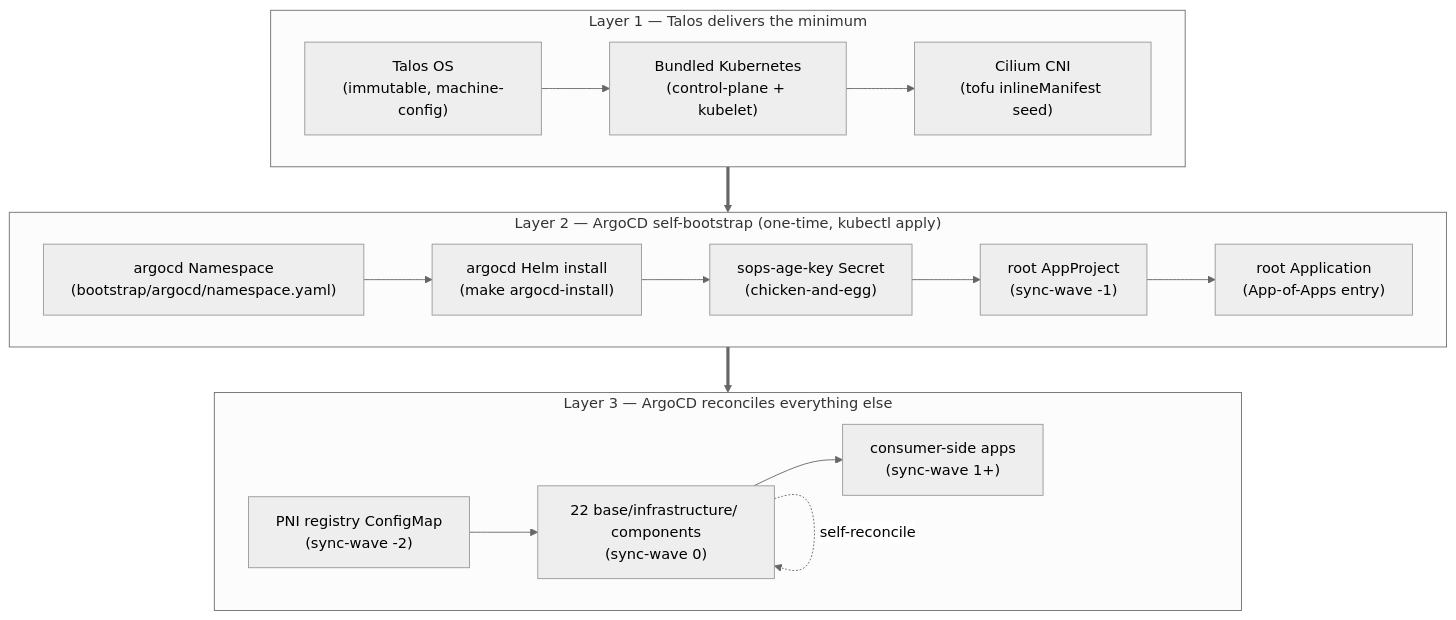
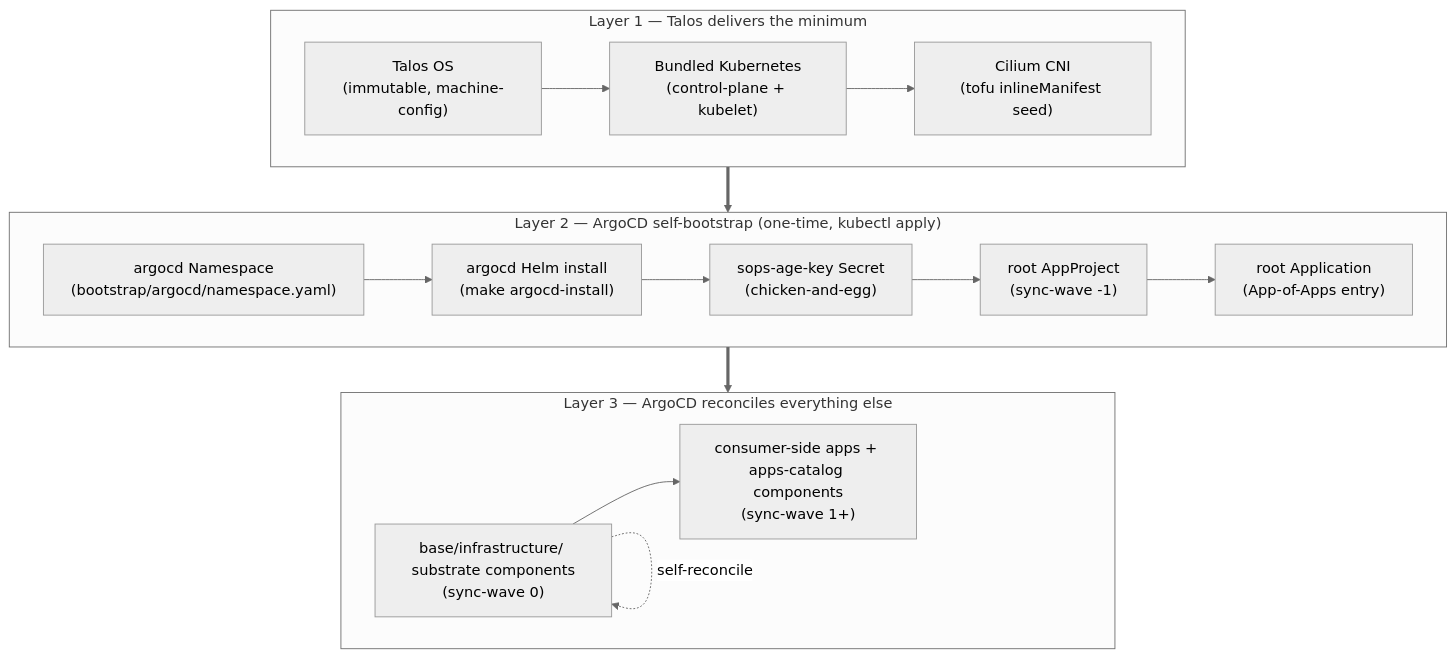
Before and after one commit to Nosmoht/talos-platform-base: the diagram in docs/day-zero-pattern.md, drawn with Mermaid. The commit also changed other lines of this file and 208 other files, not shown here.

````diff
--- a/docs/day-zero-pattern.md
+++ b/docs/day-zero-pattern.md
@@ -29,32 +29,31 @@
 ```mermaid
 %%{init: { "theme": "neutral" } }%%
 flowchart TB
   subgraph L1["Layer 1 — Talos delivers the minimum"]
     direction LR
     talos["Talos OS<br/>(immutable, machine-config)"]
     k8s["Bundled Kubernetes<br/>(control-plane + kubelet)"]
     cilium["Cilium CNI<br/>(tofu inlineManifest seed)"]
     talos --> k8s --> cilium
   end
 
   subgraph L2["Layer 2 — ArgoCD self-bootstrap (one-time, kubectl apply)"]
     direction LR
     ns["argocd Namespace<br/>(bootstrap/argocd/namespace.yaml)"]
     helm["argocd Helm install<br/>(make argocd-install)"]
     sops["sops-age-key Secret<br/>(chicken-and-egg)"]
     appproj["root AppProject<br/>(sync-wave -1)"]
     rootapp["root Application<br/>(App-of-Apps entry)"]
     ns --> helm --> sops --> appproj --> rootapp
   end
 
   subgraph L3["Layer 3 — ArgoCD reconciles everything else"]
     direction LR
-    reg["PNI registry ConfigMap<br/>(sync-wave -2)"]
-    infra["22 base/infrastructure/ components<br/>(sync-wave 0)"]
-    apps["consumer-side apps<br/>(sync-wave 1+)"]
-    reg --> infra --> apps
+    infra["base/infrastructure/ substrate components<br/>(sync-wave 0)"]
+    apps["consumer-side apps + apps-catalog components<br/>(sync-wave 1+)"]
+    infra --> apps
     infra -. self-reconcile .-> infra
   end
 
   L1 ==> L2 ==> L3
 ```
````
